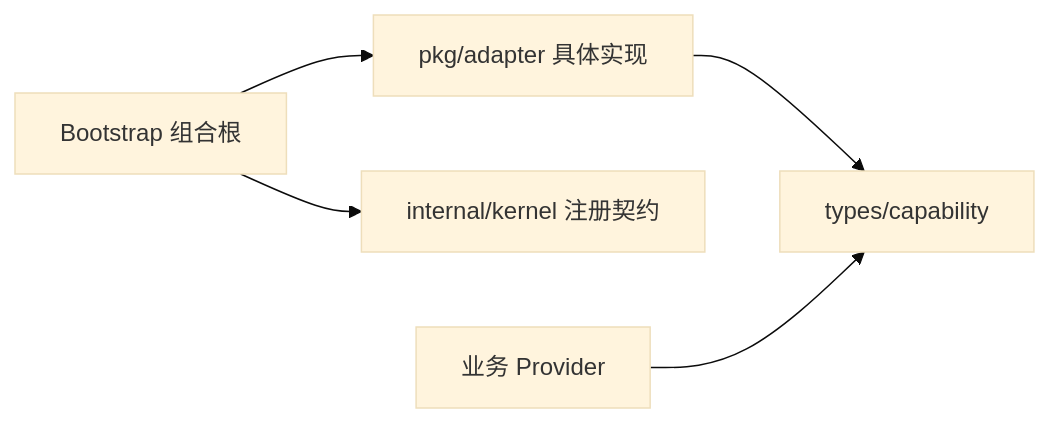
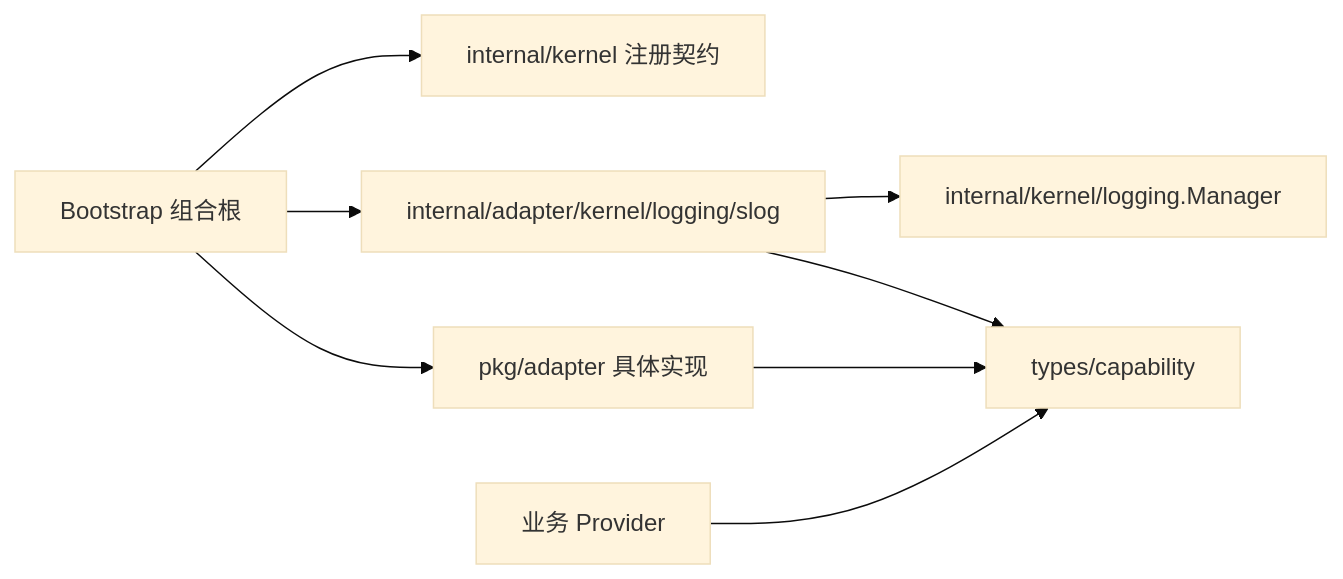
Before and after one commit to rin721/micro-go: the diagram in pkg/adapter/integration.md, drawn with Mermaid (base theme). The commit also changed other lines of this file and 105 other files, not shown here.

Commit message:
Refactor project architecture and documentation

````diff
--- a/pkg/adapter/integration.md
+++ b/pkg/adapter/integration.md
@@ -8,7 +8,10 @@
 ```mermaid
 flowchart LR
     B["Bootstrap 组合根"] --> A["pkg/adapter 具体实现"]
+    B --> KA["internal/adapter/kernel/logging/slog"]
     B --> K["internal/kernel 注册契约"]
     A --> C["types/capability"]
+    KA --> C
+    KA --> KL["internal/kernel/logging.Manager"]
     P["业务 Provider"] --> C
 ```
````
